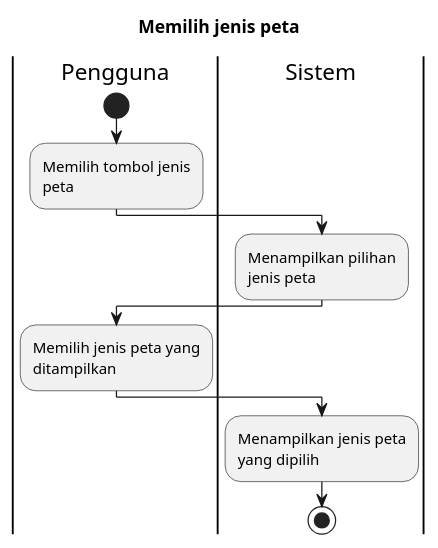
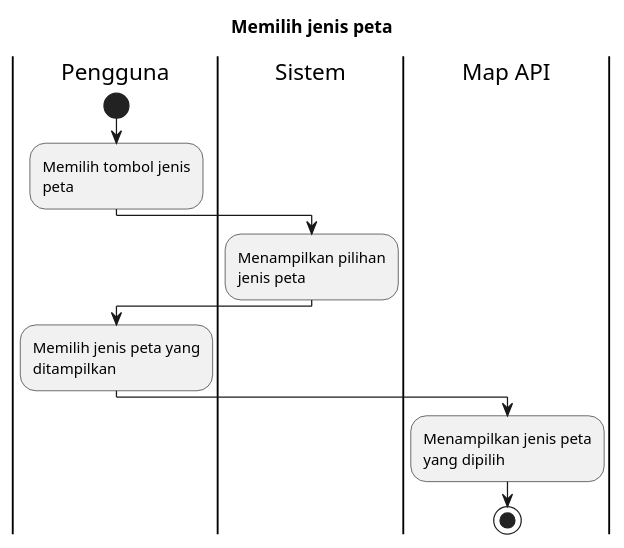
The diagram in Activity Diagrams/UC-MAP - Peta Bencana/UC-MAP-006 - Memilih jenis peta yang ditampilkan.puml (bagusNA/appl-diagrams), drawn with PlantUML before and after one commit. The commit also changed 112 other files, not shown here.

Commit message:
feat: overhaul activity diagrams

```diff
--- a/Activity Diagrams/UC-MAP - Peta Bencana/UC-MAP-006 - Memilih jenis peta yang ditampilkan.puml
+++ b/Activity Diagrams/UC-MAP - Peta Bencana/UC-MAP-006 - Memilih jenis peta yang ditampilkan.puml
@@ -1,21 +1,21 @@
 @startuml UC-MAP-006 - Memilih jenis peta
 skinparam wrapWidth 140
 
 title Memilih jenis peta
  
 |Pengguna|
 start
 :Memilih tombol jenis peta;
 
 |Sistem|
 :Menampilkan pilihan jenis peta;
 
 |Pengguna|
 :Memilih jenis peta yang ditampilkan;
 
-|Sistem|
+|Map API|
 :Menampilkan jenis peta yang dipilih;
 
 stop
 
 @enduml
```
